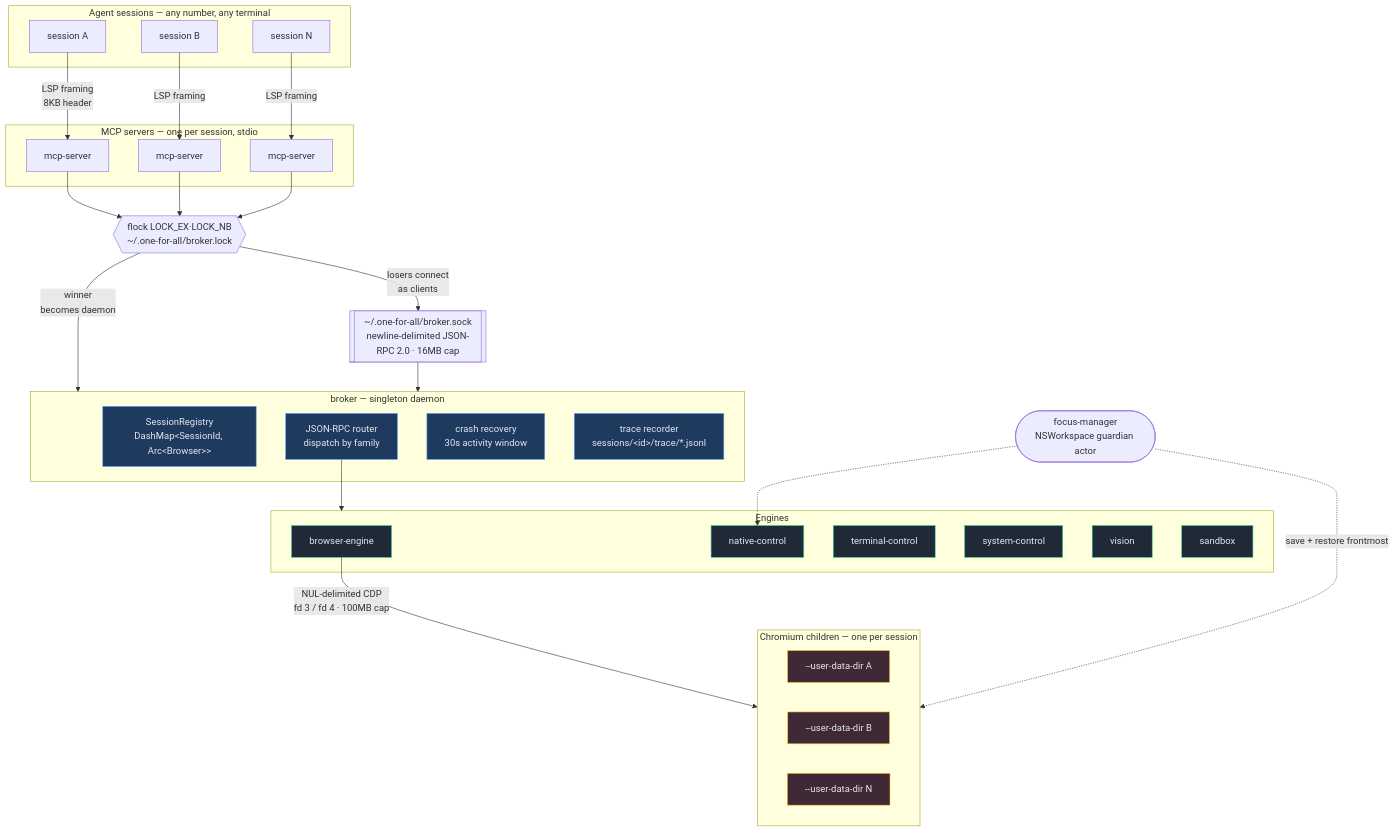
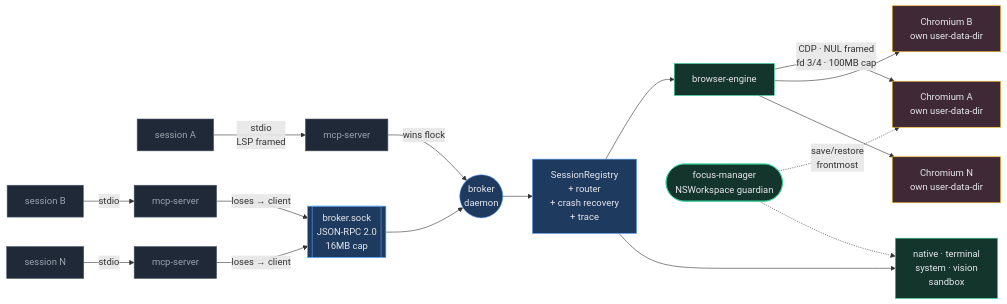
The second of 3 diagrams in README.md (ElijahUmana/one-for-all), drawn with Mermaid before and after one commit. The commit also changed other lines of this file, not shown here.

Commit message:
Rebuild README diagrams as connected graphs and add status badges
The control-plane diagram used 'direction LR' inside a subgraph, which GitHub's
mermaid ignores, so it rendered as a tall column of six disconnected boxes that
said nothing about how the planes relate to anything. Both diagrams are now
top-level left-to-right flows that show the actual edges: agent to broker to
each plane to the subsystem it reaches, and sessions through the flock election
into the broker and out to the per-session Chromium children.

Verified by rendering all three blocks with mermaid-cli rather than assuming.

Also adds CI, license, platform and Rust badges, and a prior-art table whose
point is the reach column -- every comparable stack gives an agent one aperture
onto the machine.

````diff
--- a/README.md
+++ b/README.md
@@ -49,64 +58,32 @@
 ```mermaid
-flowchart TB
-    subgraph TERMS["Agent sessions — any number, any terminal"]
-        C1["session A"]
-        C2["session B"]
-        C3["session N"]
-    end
+flowchart LR
+    S1["session A"] -->|"stdio<br/>LSP framed"| M1["mcp-server"]
+    S2["session B"] -->|"stdio"| M2["mcp-server"]
+    S3["session N"] -->|"stdio"| M3["mcp-server"]
 
-    subgraph MCPS["MCP servers — one per session, stdio"]
-        M1["mcp-server"]
-        M2["mcp-server"]
-        M3["mcp-server"]
-    end
+    M1 -->|"wins flock"| BK(("broker<br/>daemon"))
+    M2 -->|"loses → client"| SK[["broker.sock<br/>JSON-RPC 2.0<br/>16MB cap"]]
+    M3 -->|"loses → client"| SK
+    SK --> BK
 
-    C1 -->|"LSP framing<br/>8KB header"| M1
-    C2 -->|"LSP framing"| M2
-    C3 -->|"LSP framing"| M3
+    BK --> RG["SessionRegistry<br/>+ router<br/>+ crash recovery<br/>+ trace"]
 
-    LOCK{{"flock LOCK_EX·LOCK_NB<br/>~/.one-for-all/broker.lock"}}
-    M1 --> LOCK
-    M2 --> LOCK
-    M3 --> LOCK
+    RG --> BE["browser-engine"]
+    RG --> OT["native · terminal<br/>system · vision<br/>sandbox"]
 
-    LOCK -->|"winner<br/>becomes daemon"| BROKER
-    LOCK -->|"losers connect<br/>as clients"| SOCK
+    BE -->|"CDP · NUL framed<br/>fd 3/4 · 100MB cap"| C1["Chromium A<br/>own user-data-dir"]
+    BE --> C2["Chromium B<br/>own user-data-dir"]
+    BE --> C3["Chromium N<br/>own user-data-dir"]
 
-    SOCK[["~/.one-for-all/broker.sock<br/>newline-delimited JSON-RPC 2.0 · 16MB cap"]]
-    SOCK --> BROKER
+    FM(["focus-manager<br/>NSWorkspace guardian"]) -.->|"save/restore<br/>frontmost"| C1
+    FM -.-> OT
 
-    subgraph BROKER["broker — singleton daemon"]
-        REG["SessionRegistry<br/>DashMap&lt;SessionId, Arc&lt;Browser&gt;&gt;"]
-        ROUTER["JSON-RPC router<br/>dispatch by family"]
-        REC["crash recovery<br/>30s activity window"]
-        TRACE["trace recorder<br/>sessions/&lt;id&gt;/trace/*.jsonl"]
-    end
-
-    ROUTER --> ENG
-    subgraph ENG["Engines"]
-        BE["browser-engine"]
-        NC["native-control"]
-        TC["terminal-control"]
-        SC["system-control"]
-        VI["vision"]
-        SB["sandbox"]
-    end
-
-    BE -->|"NUL-delimited CDP<br/>fd 3 / fd 4 · 100MB cap"| CHROME
-    subgraph CHROME["Chromium children — one per session"]
-        K1["--user-data-dir A"]
-        K2["--user-data-dir B"]
-        K3["--user-data-dir N"]
-    end
-
-    FOCUS(["focus-manager<br/>NSWorkspace guardian actor"])
-    FOCUS -.->|"save + restore frontmost"| CHROME
-    FOCUS -.-> NC
-
-    classDef daemon fill:#1e3a5f,stroke:#60a5fa,color:#e5e7eb
-    classDef engine fill:#1f2937,stroke:#34d399,color:#e5e7eb
-    classDef chrome fill:#3f2937,stroke:#fbbf24,color:#e5e7eb
-    class REG,ROUTER,REC,TRACE daemon
-    class BE,NC,TC,SC,VI,SB engine
-    class K1,K2,K3 chrome
+    classDef sess fill:#1f2937,stroke:#4b5563,color:#9ca3af
+    classDef core fill:#1e3a5f,stroke:#60a5fa,color:#e5e7eb
+    classDef eng fill:#14352b,stroke:#34d399,color:#e5e7eb
+    classDef krom fill:#3f2937,stroke:#fbbf24,color:#e5e7eb
+    class S1,S2,S3,M1,M2,M3 sess
+    class BK,RG,SK core
+    class BE,OT,FM eng
+    class C1,C2,C3 krom
 ```
````
